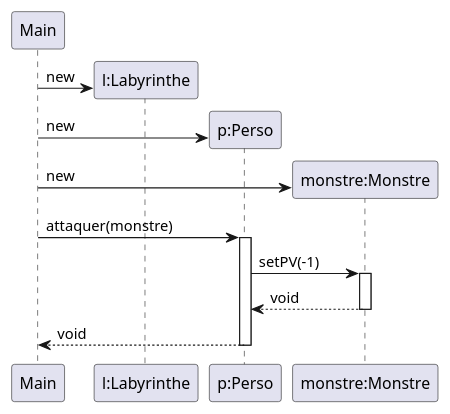
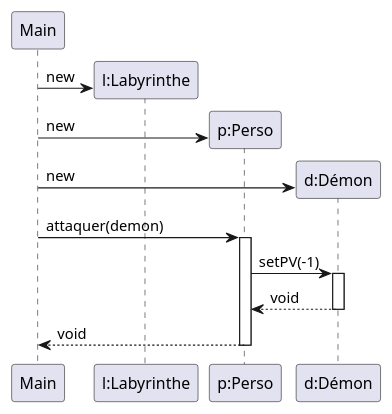
Before and after one commit to WashiFR/2023_Zeldiablo_weier3u_lemeunie6u_chauvel8u_dietric43u: the diagram in documents/version_5/diag_sequence_perso_attaquer.puml, drawn with PlantUML. The commit also changed 7 other files, not shown here.

Commit message:
Rectification des diagrammes de séquence

```diff
--- a/documents/version_5/diag_sequence_perso_attaquer.puml
+++ b/documents/version_5/diag_sequence_perso_attaquer.puml
@@ -1,19 +1,19 @@
 @startuml
 'https://plantuml.com/sequence-diagram
 
 participant Main
 create "l:Labyrinthe" as laby
 Main -> laby : new
 create "p:Perso" as perso
 Main -> perso : new
-create "monstre:Monstre" as monstre
-Main -> monstre : new
-Main -> perso : attaquer(monstre)
+create "d:Démon" as demon
+Main -> demon : new
+Main -> perso : attaquer(demon)
 activate perso
-perso -> monstre : setPV(-1)
-activate monstre
-monstre --> perso : void
-deactivate monstre
+perso -> demon : setPV(-1)
+activate demon
+demon --> perso : void
+deactivate demon
 perso --> Main : void
 deactivate perso
 @enduml
```
